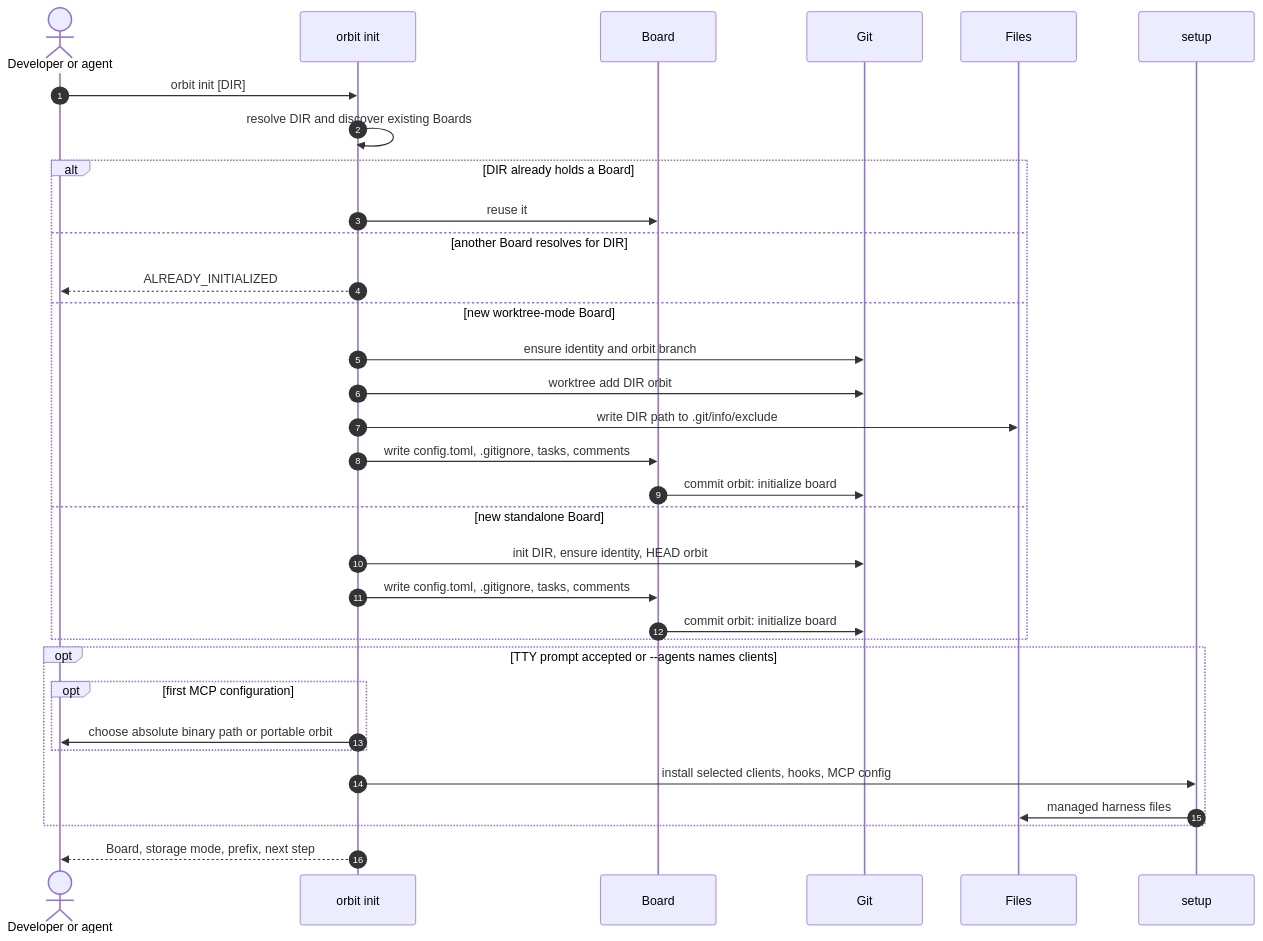
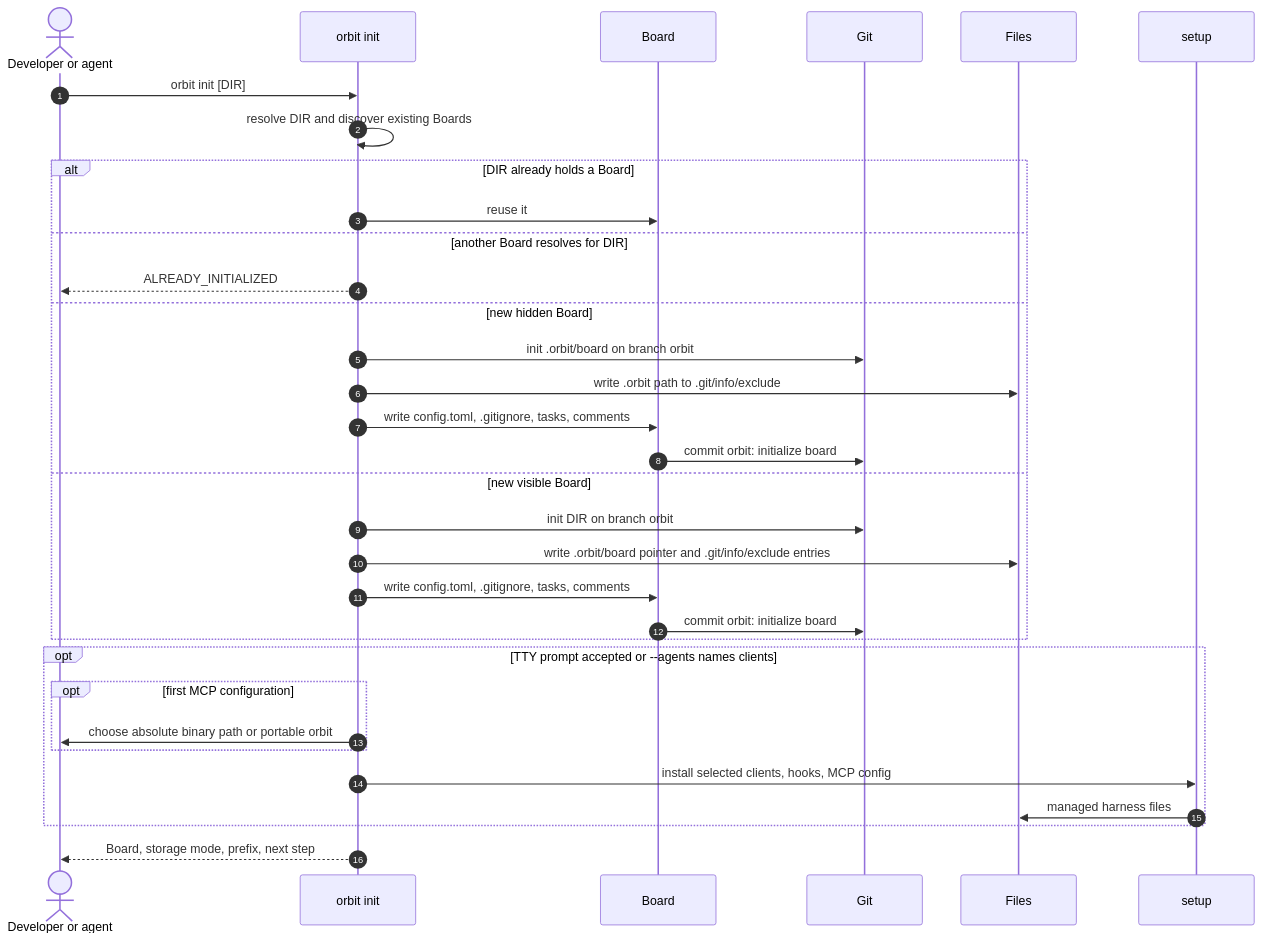
One commit to rcmendes/orbit changed diagram 11 of 15 in docs/ARCHITECTURE.md. Above: the diagram before and after it, drawn with Mermaid. The commit also changed other lines of this file, not shown here.

Commit message:
docs(architecture): redraw board layout, init flow, and legacy migration for ADR-0019

````diff
--- a/docs/ARCHITECTURE.md
+++ b/docs/ARCHITECTURE.md
@@ -651,36 +653,36 @@
 ```mermaid
 sequenceDiagram
     autonumber
     actor Dev as Developer or agent
     participant CLI as orbit init
     participant BRD as Board
     participant GIT as Git
     participant FS as Files
     participant SET as setup
 
     Dev->>CLI: orbit init [DIR]
     CLI->>CLI: resolve DIR and discover existing Boards
     alt DIR already holds a Board
         CLI->>BRD: reuse it
     else another Board resolves for DIR
         CLI-->>Dev: ALREADY_INITIALIZED
-    else new worktree-mode Board
-        CLI->>GIT: ensure identity and orbit branch
-        CLI->>GIT: worktree add DIR orbit
-        CLI->>FS: write DIR path to .git/info/exclude
+    else new hidden Board
+        CLI->>GIT: init .orbit/board on branch orbit
+        CLI->>FS: write .orbit path to .git/info/exclude
         CLI->>BRD: write config.toml, .gitignore, tasks, comments
         BRD->>GIT: commit orbit: initialize board
-    else new standalone Board
-        CLI->>GIT: init DIR, ensure identity, HEAD orbit
+    else new visible Board
+        CLI->>GIT: init DIR on branch orbit
+        CLI->>FS: write .orbit/board pointer and .git/info/exclude entries
         CLI->>BRD: write config.toml, .gitignore, tasks, comments
         BRD->>GIT: commit orbit: initialize board
     end
     opt TTY prompt accepted or --agents names clients
         opt first MCP configuration
             CLI->>Dev: choose absolute binary path or portable orbit
         end
         CLI->>SET: install selected clients, hooks, MCP config
         SET->>FS: managed harness files
     end
     CLI-->>Dev: Board, storage mode, prefix, next step
 ```
````
